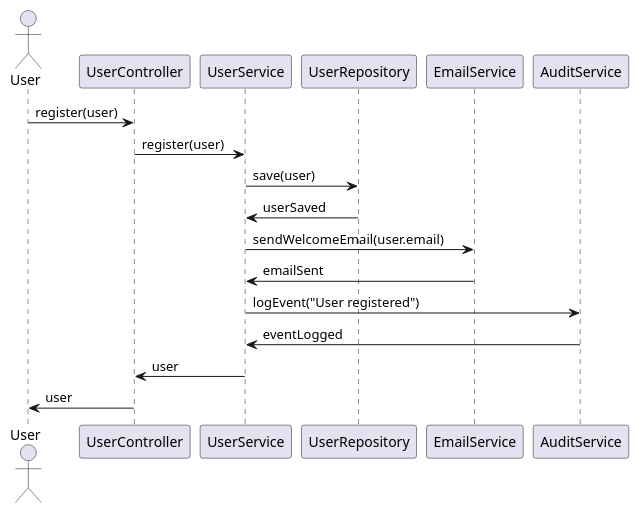
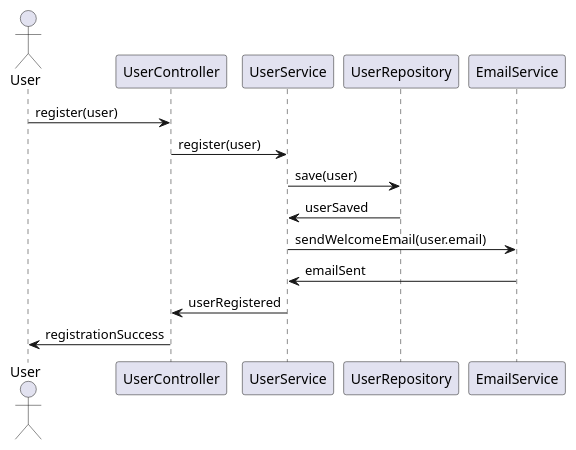
The first of 6 diagrams in identityprovider/documentation/detaileddesign.adoc (Dinesh-s95/AutoDoc.ai), drawn with PlantUML before and after one commit. The commit also changed other lines of this file and 4 other files, not shown here.

````diff
--- a/identityprovider/documentation/detaileddesign.adoc
+++ b/identityprovider/documentation/detaileddesign.adoc
@@ -290,21 +250,18 @@
 ```plantuml
 @startuml
 actor User
 participant UserController
 participant UserService
 participant UserRepository
 participant EmailService
-participant AuditService
 
 User -> UserController : register(user)
 UserController -> UserService : register(user)
 UserService -> UserRepository : save(user)
 UserRepository -> UserService : userSaved
 UserService -> EmailService : sendWelcomeEmail(user.email)
 EmailService -> UserService : emailSent
-UserService -> AuditService : logEvent("User registered")
-AuditService -> UserService : eventLogged
-UserService -> UserController : user
-UserController -> User : user
+UserService -> UserController : userRegistered
+UserController -> User : registrationSuccess
 @enduml
 ```
````
